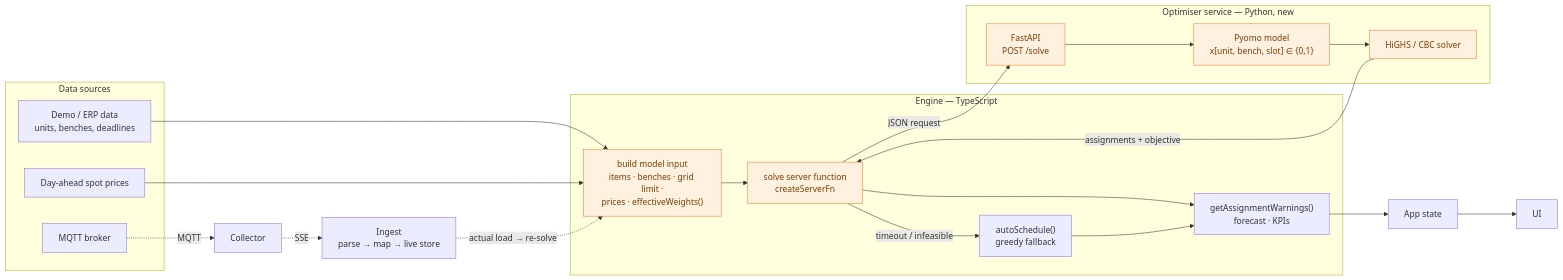
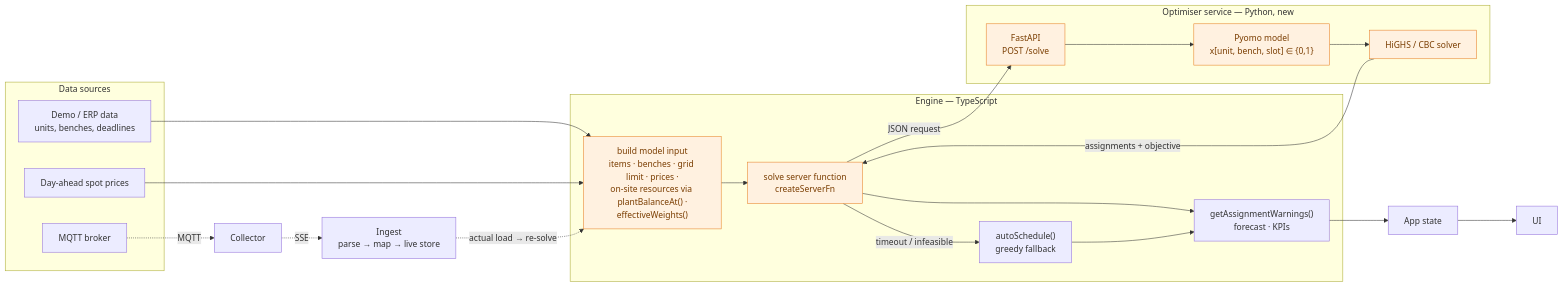
The third of 3 diagrams in docs/ARCHITECTURE.md (adilpsn/utiliq), drawn with Mermaid before and after one commit. The commit also changed other lines of this file and 1 other file, not shown here.

First line of the commit message:
docs: README + architecture reflect the grid-flow fix, tests, npm install

````diff
--- a/docs/ARCHITECTURE.md
+++ b/docs/ARCHITECTURE.md
@@ -129,43 +139,43 @@
 ```mermaid
 flowchart LR
     subgraph SRC["Data sources"]
         DEMO["Demo / ERP data<br/>units, benches, deadlines"]
         SPOT["Day-ahead spot prices"]
         BROKER["MQTT broker"]
     end
 
     COLL["Collector"]
     INGEST["Ingest<br/>parse → map → live store"]
 
     subgraph ENG["Engine — TypeScript"]
-        PREP["build model input<br/>items · benches · grid limit ·<br/>prices · effectiveWeights()"]
+        PREP["build model input<br/>items · benches · grid limit · prices ·<br/>on-site resources via plantBalanceAt() ·<br/>effectiveWeights()"]
         CALL["solve server function<br/>createServerFn"]
         GREEDY["autoSchedule()<br/>greedy fallback"]
         WARN["getAssignmentWarnings()<br/>forecast · KPIs"]
     end
 
     subgraph OPT["Optimiser service — Python, new"]
         API["FastAPI<br/>POST /solve"]
         MODEL["Pyomo model<br/>x[unit, bench, slot] ∈ {0,1}"]
         SOLVER["HiGHS / CBC solver"]
         API --> MODEL --> SOLVER
     end
 
     STATE["App state"]
     UI["UI"]
 
     DEMO --> PREP
     SPOT --> PREP
     PREP --> CALL
     CALL -- "JSON request" --> API
     SOLVER -- "assignments + objective" --> CALL
     CALL -- "timeout / infeasible" --> GREEDY
     CALL --> WARN
     GREEDY --> WARN
     WARN --> STATE --> UI
 
     BROKER -. MQTT .-> COLL -. SSE .-> INGEST -. "actual load → re-solve" .-> PREP
 
     classDef planned fill:#fff1e0,stroke:#e67e22,color:#7a3d00
     class API,MODEL,SOLVER,CALL,PREP planned
 ```
````
